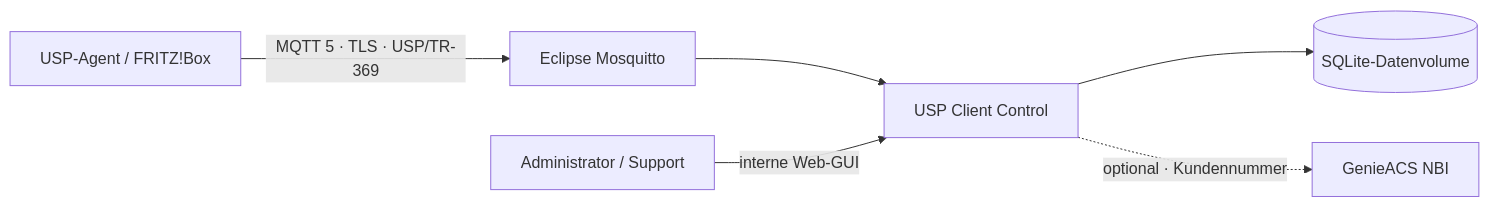
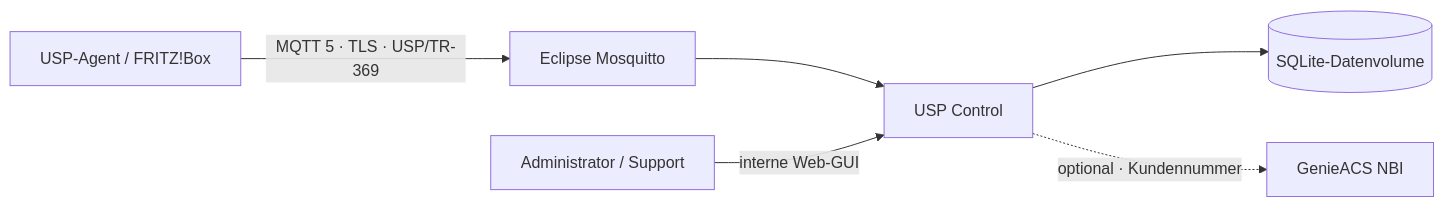
Before and after one commit to DeepZone/usp-client-control: the diagram in README.md, drawn with Mermaid. The commit also changed other lines of this file and 8 other files, not shown here.

````diff
--- a/README.md
+++ b/README.md
@@ -54,8 +54,8 @@
 ```mermaid
 flowchart LR
     A["USP-Agent / FRITZ!Box"] -->|"MQTT 5 · TLS · USP/TR-369"| M["Eclipse Mosquitto"]
-    M --> C["USP Client Control"]
+    M --> C["USP Control"]
     U["Administrator / Support"] -->|"interne Web-GUI"| C
     C --> D[("SQLite-Datenvolume")]
     C -.->|"optional · Kundennummer"| G["GenieACS NBI"]
 ```
````
